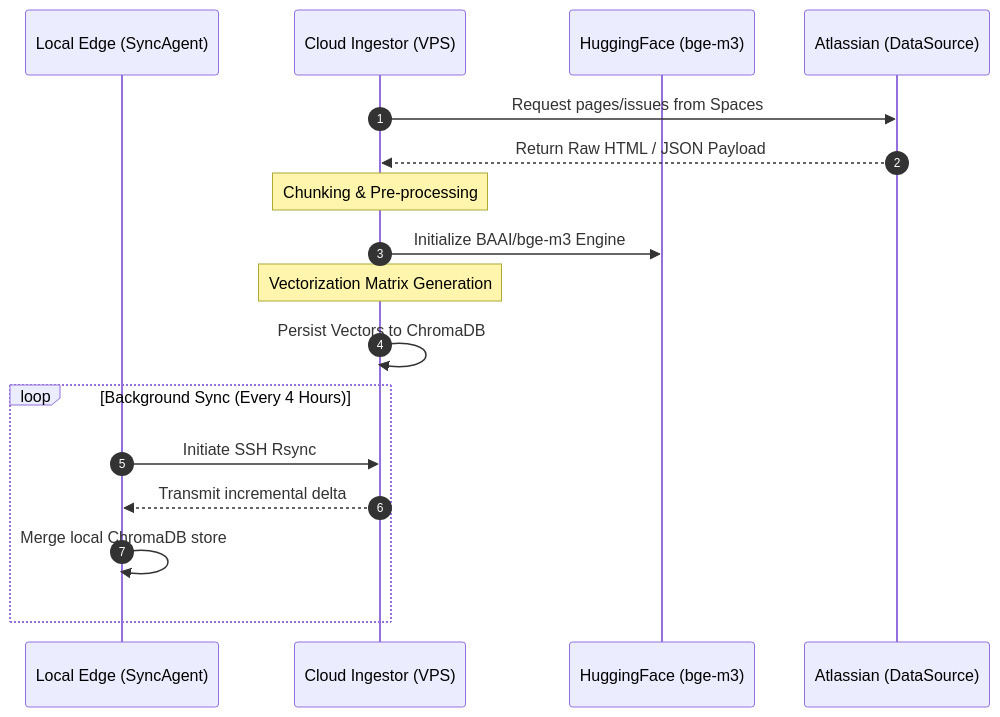
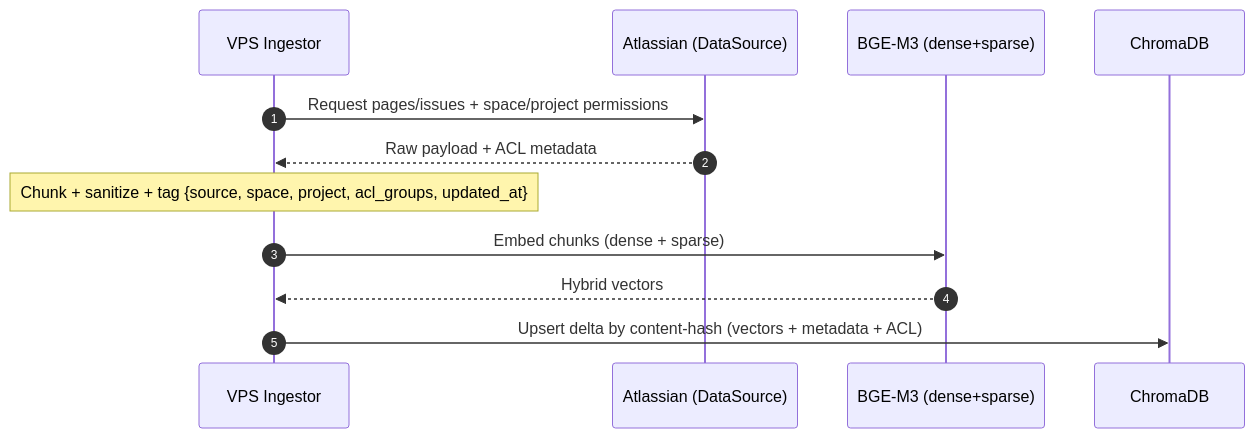
One commit to cachep-xidau/MCP-server changed the third of 5 diagrams in README.md. Above: the diagram before and after it, drawn with Mermaid. The commit also changed other lines of this file, not shown here.

First line of the commit message:
refactor(architecture): consolidate to VPS-only RAG with RBAC/ACL and reranking

````diff
--- a/README.md
+++ b/README.md
@@ -91,21 +105,15 @@
 ```mermaid
 sequenceDiagram
     autonumber
-    participant Mac as Local Edge (SyncAgent)
-    participant VPS as Cloud Ingestor (VPS)
-    participant Model as HuggingFace (bge-m3)
+    participant VPS as VPS Ingestor
     participant Atlas as Atlassian (DataSource)
-    
-    VPS->>Atlas: Request pages/issues from Spaces
-    Atlas-->>VPS: Return Raw HTML / JSON Payload
-    Note over VPS: Chunking & Pre-processing
-    VPS->>Model: Initialize BAAI/bge-m3 Engine
-    Note over VPS: Vectorization Matrix Generation
-    VPS->>VPS: Persist Vectors to ChromaDB
-    
-    loop Background Sync (Every 4 Hours)
-        Mac->>VPS: Initiate SSH Rsync
-        VPS-->>Mac: Transmit incremental delta
-        Mac->>Mac: Merge local ChromaDB store
-    end
+    participant Model as BGE-M3 (dense+sparse)
+    participant DB as ChromaDB
+
+    VPS->>Atlas: Request pages/issues + space/project permissions
+    Atlas-->>VPS: Raw payload + ACL metadata
+    Note over VPS: Chunk + sanitize + tag {source, space, project, acl_groups, updated_at}
+    VPS->>Model: Embed chunks (dense + sparse)
+    Model-->>VPS: Hybrid vectors
+    VPS->>DB: Upsert delta by content-hash (vectors + metadata + ACL)
 ```
````
